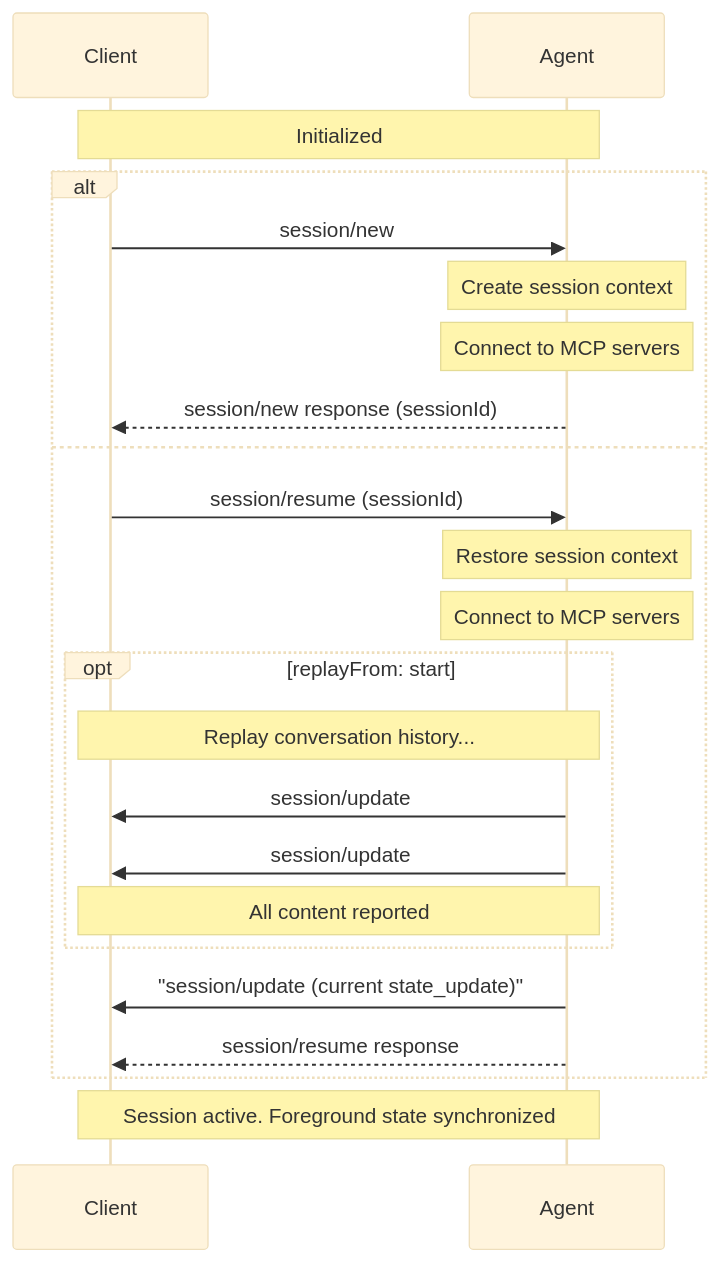
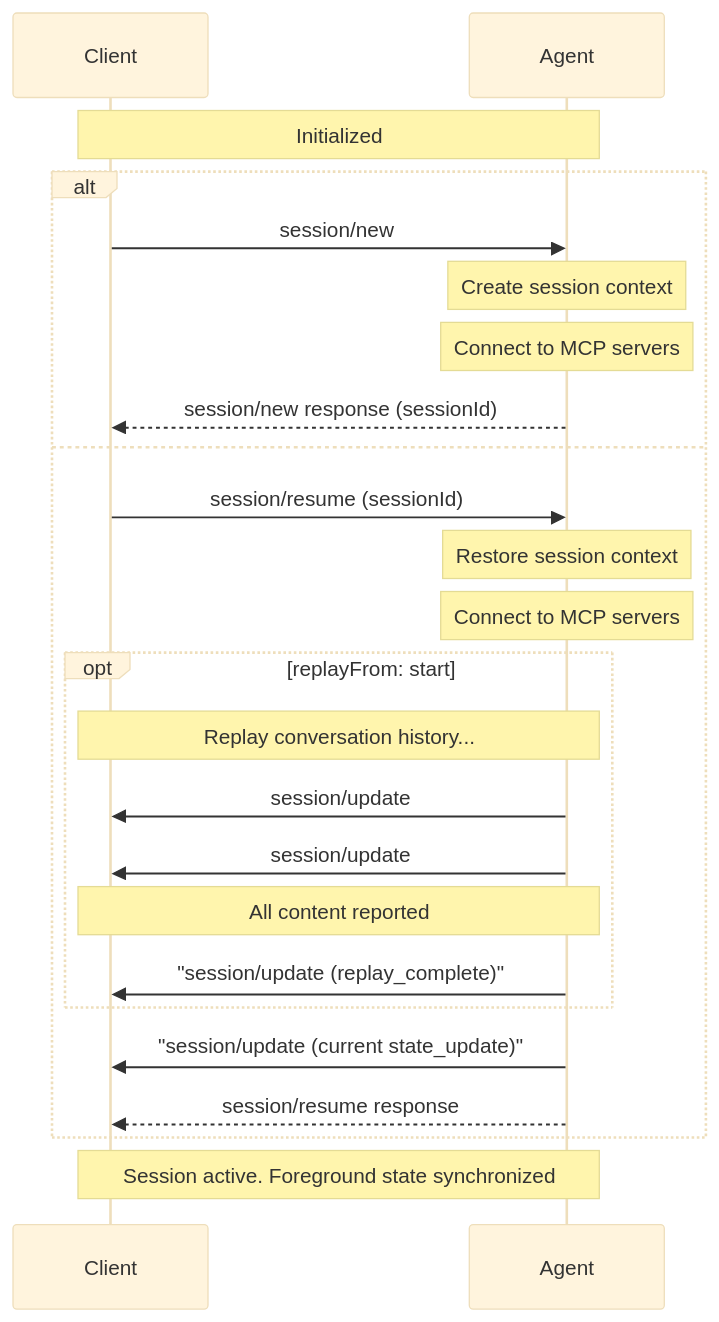
Before and after one commit to agentclientprotocol/agent-client-protocol: the diagram in docs/protocol/v2/draft/session-setup.mdx, drawn with Mermaid (base theme). The commit also changed other lines of this file and 13 other files, not shown here.

First line of the commit message:
feat(unstable-v2): add replay_complete session update (#2813)

````diff
--- a/docs/protocol/v2/draft/session-setup.mdx
+++ b/docs/protocol/v2/draft/session-setup.mdx
@@ -14,28 +14,29 @@
 ```mermaid
 sequenceDiagram
     participant Client
     participant Agent
 
     Note over Agent,Client: Initialized
 
     alt
         Client->>Agent: session/new
         Note over Agent: Create session context
         Note over Agent: Connect to MCP servers
         Agent-->>Client: session/new response (sessionId)
     else
         Client->>Agent: session/resume (sessionId)
         Note over Agent: Restore session context
         Note over Agent: Connect to MCP servers
         opt replayFrom: start
             Note over Agent,Client: Replay conversation history...
             Agent->>Client: session/update
             Agent->>Client: session/update
             Note over Agent,Client: All content reported
+            Agent->>Client: "session/update (replay_complete)"
         end
         Agent->>Client: "session/update (current state_update)"
         Agent-->>Client: session/resume response
     end
 
     Note over Client,Agent: Session active. Foreground state synchronized
 ```
````
